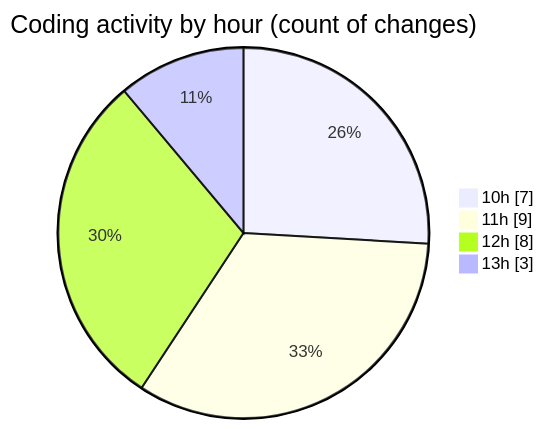
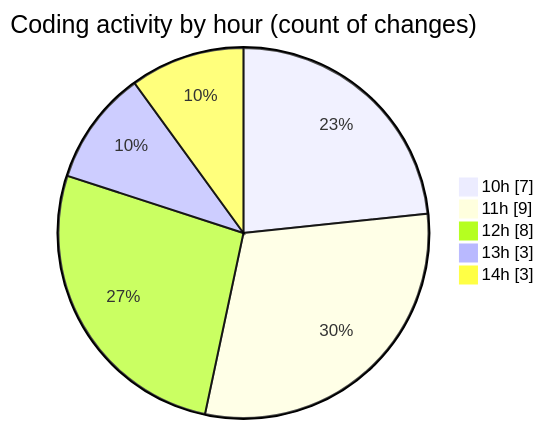
Before and after one commit to nxtqubesakshisongat/code-tracking: the second of 2 diagrams in 2026-02-10/nxtqube_webapp/README.md, drawn with Mermaid. The commit also changed other lines of this file and 1 other file, not shown here.

````diff
--- a/2026-02-10/nxtqube_webapp/README.md
+++ b/2026-02-10/nxtqube_webapp/README.md
@@ -31,8 +31,9 @@
 ```mermaid
 pie showData
 title Coding activity by hour (count of changes)
 "10h" : 7
 "11h" : 9
 "12h" : 8
 "13h" : 3
+"14h" : 3
 ```
````
